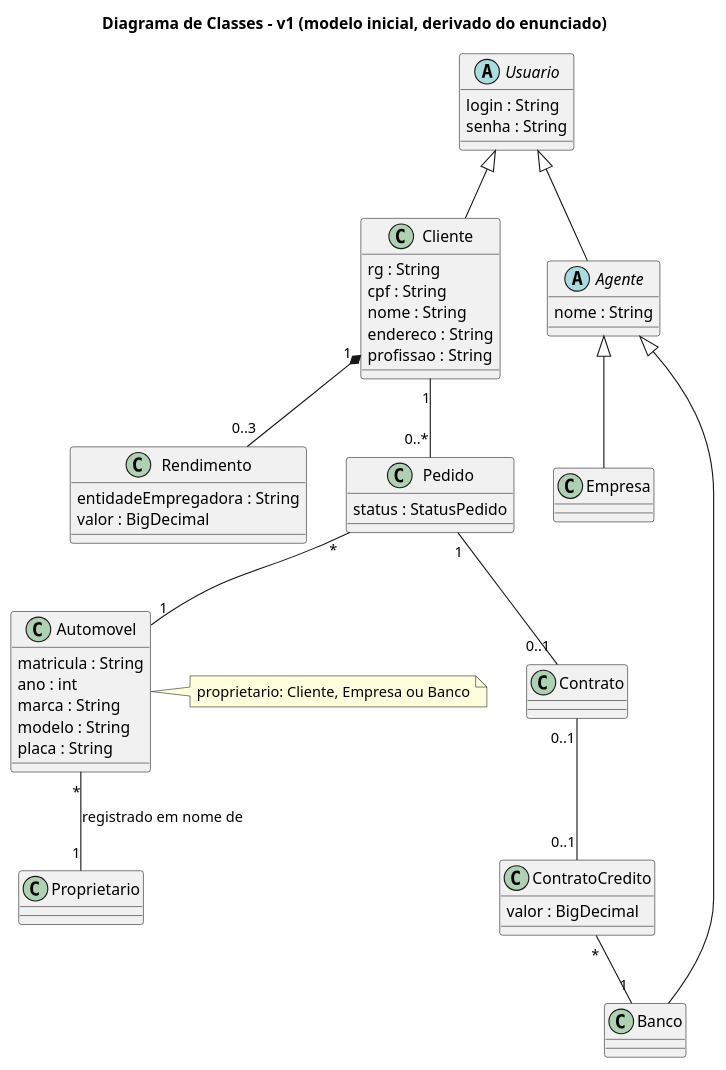
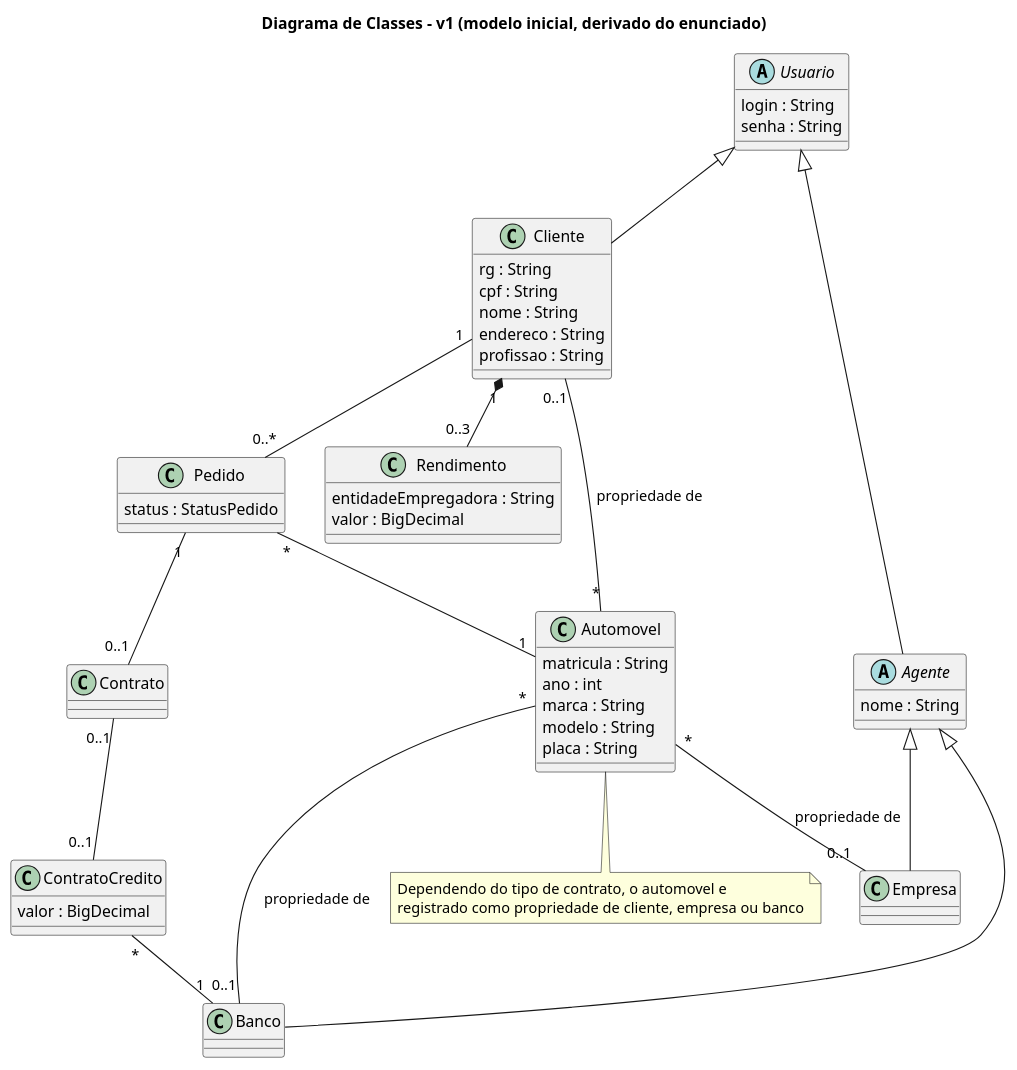
The diagram in docs/uml/v1/classes.puml (larissafineli/laboratorio-2), drawn with PlantUML before and after one commit. The commit also changed 3 other files, not shown here.

Commit message:
docs: corrige v1 (propriedade do automovel, casos de uso), historico de versoes e autoria

```diff
--- a/docs/uml/v1/classes.puml
+++ b/docs/uml/v1/classes.puml
@@ -1,52 +1,54 @@
 @startuml classes-v1
 title Diagrama de Classes - v1 (modelo inicial, derivado do enunciado)
 skinparam classAttributeIconSize 0
 
 abstract class Usuario {
   login : String
   senha : String
 }
 class Cliente {
   rg : String
   cpf : String
   nome : String
   endereco : String
   profissao : String
 }
 class Rendimento {
   entidadeEmpregadora : String
   valor : BigDecimal
 }
 abstract class Agente {
   nome : String
 }
 class Empresa
 class Banco
 class Automovel {
   matricula : String
   ano : int
   marca : String
   modelo : String
   placa : String
 }
 class Pedido {
   status : StatusPedido
 }
 class Contrato
 class ContratoCredito {
   valor : BigDecimal
 }
 
 Usuario <|-- Cliente
 Usuario <|-- Agente
 Agente <|-- Empresa
 Agente <|-- Banco
 Cliente "1" *-- "0..3" Rendimento
 Cliente "1" -- "0..*" Pedido
 Pedido "*" -- "1" Automovel
 Pedido "1" -- "0..1" Contrato
 Contrato "0..1" -- "0..1" ContratoCredito
 ContratoCredito "*" -- "1" Banco
-Automovel "*" -- "1" Proprietario : registrado em nome de
-note right of Automovel : proprietario: Cliente, Empresa ou Banco
+Automovel "*" -- "0..1" Cliente : propriedade de
+Automovel "*" -- "0..1" Empresa : propriedade de
+Automovel "*" -- "0..1" Banco : propriedade de
+note bottom of Automovel : Dependendo do tipo de contrato, o automovel e\nregistrado como propriedade de cliente, empresa ou banco
 @enduml
```
